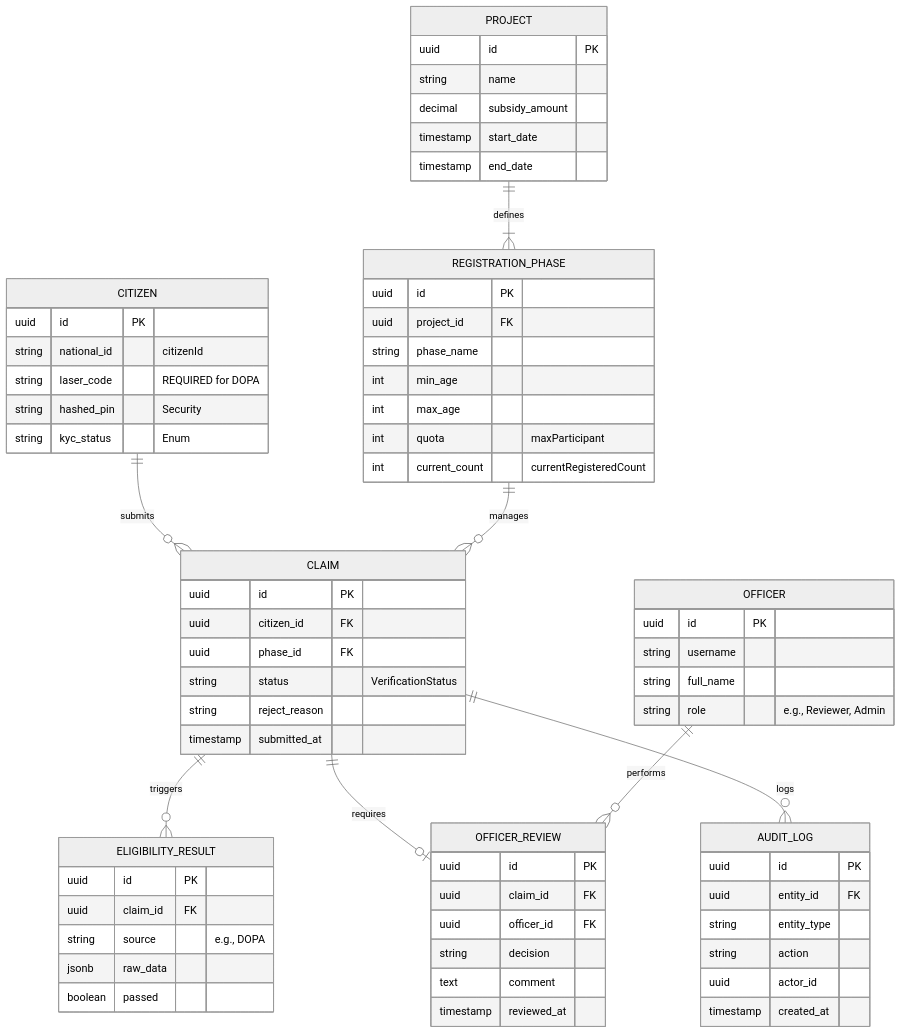
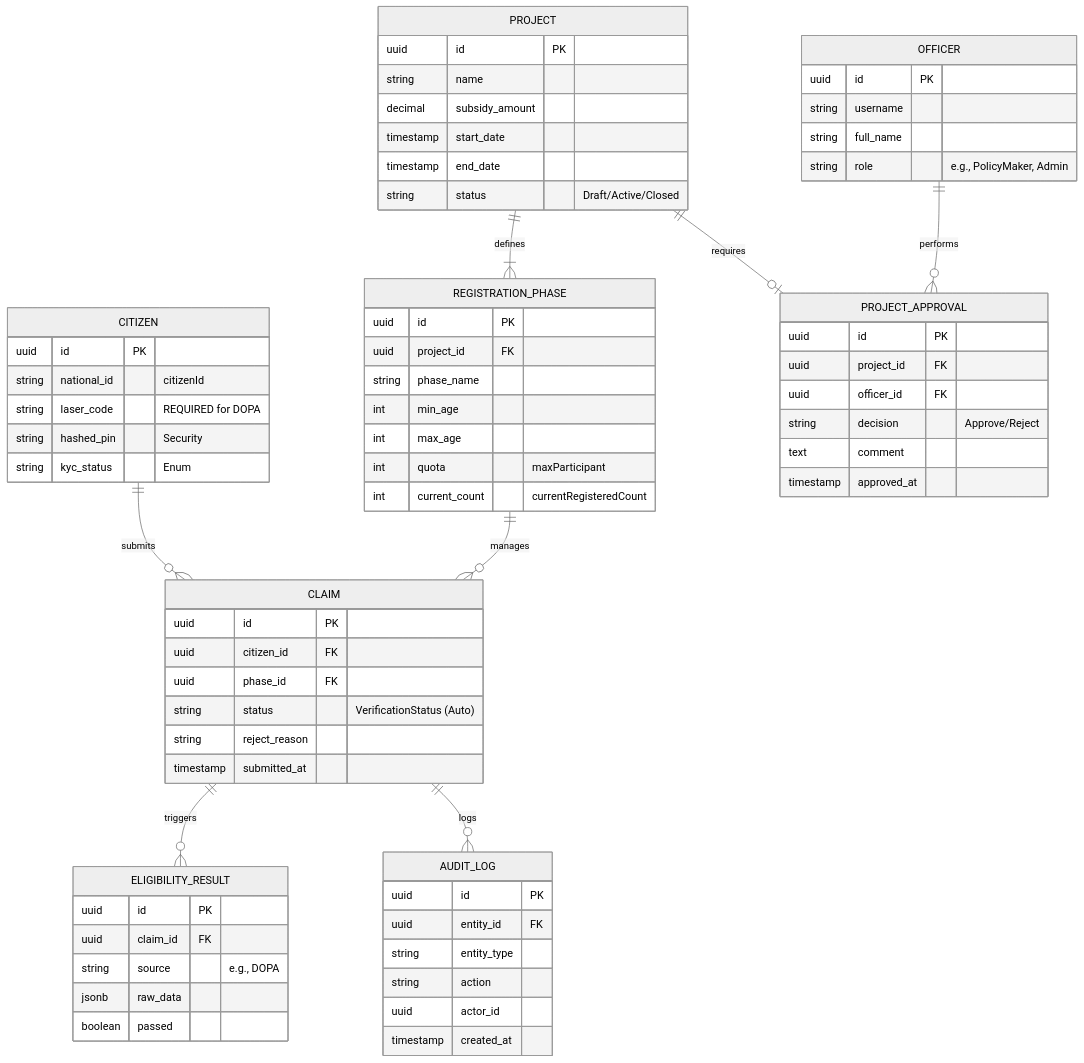
The diagram in docs/architecture/er-diagram.md (Suphawit-Hngosakul/Government-Subsidy-System), drawn with Mermaid (neutral theme) before and after one commit. The commit also changed 3 other files, not shown here.

Commit message:
docs: update some diagram

````diff
--- a/docs/architecture/er-diagram.md
+++ b/docs/architecture/er-diagram.md
@@ -1,78 +1,79 @@
 ```mermaid
 erDiagram
     CITIZEN ||--o{ CLAIM : "submits"
     PROJECT ||--|{ REGISTRATION_PHASE : "defines"
+    PROJECT ||--o| PROJECT_APPROVAL : "requires"
     REGISTRATION_PHASE ||--o{ CLAIM : "manages"
     CLAIM ||--o{ ELIGIBILITY_RESULT : "triggers"
-    CLAIM ||--o| OFFICER_REVIEW : "requires"
     CLAIM ||--o{ AUDIT_LOG : "logs"
-    OFFICER ||--o{ OFFICER_REVIEW : "performs"
+    OFFICER ||--o{ PROJECT_APPROVAL : "performs"
 
     CITIZEN {
         uuid id PK
         string national_id "citizenId"
         string laser_code "REQUIRED for DOPA"
         string hashed_pin "Security"
         string kyc_status "Enum"
     }
 
     PROJECT {
         uuid id PK
         string name
         decimal subsidy_amount
         timestamp start_date
         timestamp end_date
+        string status "Draft/Active/Closed"
+    }
+
+    PROJECT_APPROVAL {
+        uuid id PK
+        uuid project_id FK
+        uuid officer_id FK
+        string decision "Approve/Reject"
+        text comment
+        timestamp approved_at
     }
 
     REGISTRATION_PHASE {
         uuid id PK
         uuid project_id FK
         string phase_name
         int min_age
         int max_age
         int quota "maxParticipant"
         int current_count "currentRegisteredCount"
     }
 
     CLAIM {
         uuid id PK
         uuid citizen_id FK
         uuid phase_id FK
-        string status "VerificationStatus"
+        string status "VerificationStatus (Auto)"
         string reject_reason
         timestamp submitted_at
     }
 
     ELIGIBILITY_RESULT {
         uuid id PK
         uuid claim_id FK
         string source "e.g., DOPA"
         jsonb raw_data
         boolean passed
-    }
-
-    OFFICER_REVIEW {
-        uuid id PK
-        uuid claim_id FK
-        uuid officer_id FK
-        string decision
-        text comment
-        timestamp reviewed_at
     }
     
     AUDIT_LOG {
         uuid id PK
         uuid entity_id FK
         string entity_type
         string action
         uuid actor_id
         timestamp created_at
     }
 
     OFFICER {
         uuid id PK
         string username
         string full_name
-        string role "e.g., Reviewer, Admin"
+        string role "e.g., PolicyMaker, Admin"
     }
 ```
````
